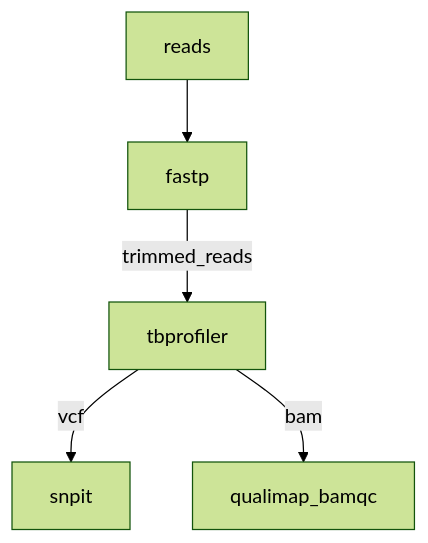
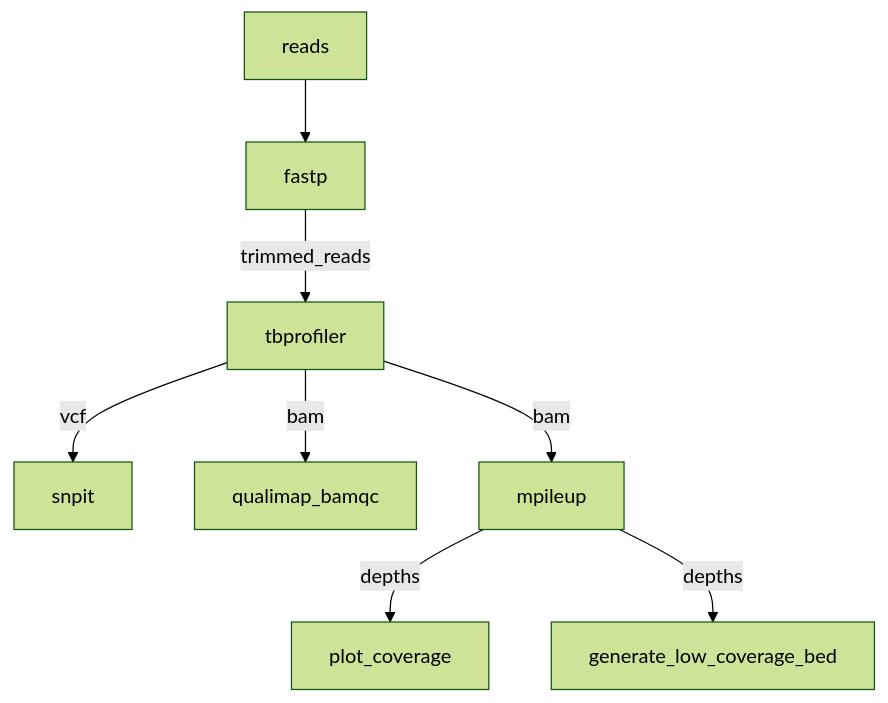
The diagram in README.md (BCCDC-PHL/tbprofiler-nf), drawn with Mermaid (forest theme) before and after one commit. The commit also changed other lines of this file, not shown here.

````diff
--- a/README.md
+++ b/README.md
@@ -8,7 +8,10 @@
 ```mermaid
 flowchart TD
   reads --> fastp
   fastp -- trimmed_reads --> tbprofiler
   tbprofiler -- vcf --> snpit
   tbprofiler -- bam --> qualimap_bamqc
+  tbprofiler -- bam --> mpileup
+  mpileup -- depths --> plot_coverage
+  mpileup -- depths --> generate_low_coverage_bed
 ```
````
